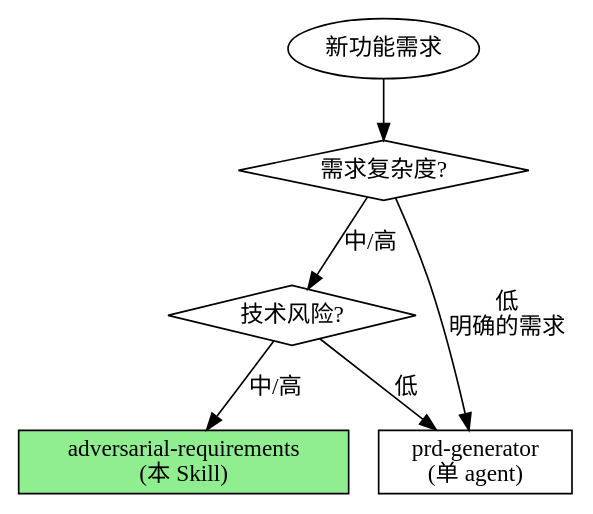
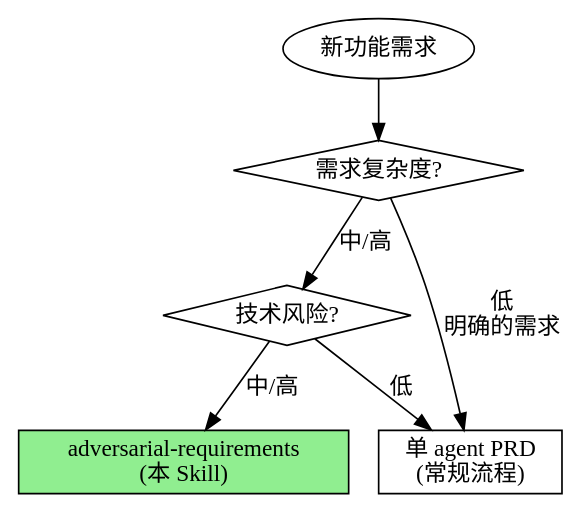
One commit to XRenSiu/claude-code-forge changed the diagram in plugins/forge-teams/skills/adversarial-requirements/SKILL.md. Above: the diagram before and after it, drawn with Graphviz. The commit also changed other lines of this file and 20 other files, not shown here.

````diff
--- a/plugins/forge-teams/skills/adversarial-requirements/SKILL.md
+++ b/plugins/forge-teams/skills/adversarial-requirements/SKILL.md
@@ -28,16 +28,16 @@
 ```dot
 digraph {
     rankdir=TB;
     start [label="新功能需求" shape=oval];
     q1 [label="需求复杂度?" shape=diamond];
     q2 [label="技术风险?" shape=diamond];
-    simple_prd [label="prd-generator\n(单 agent)" shape=box];
+    simple_prd [label="单 agent PRD\n(常规流程)" shape=box];
     adversarial [label="adversarial-requirements\n(本 Skill)" shape=box style=filled fillcolor=lightgreen];
 
     start -> q1;
     q1 -> simple_prd [label="低\n明确的需求"];
     q1 -> q2 [label="中/高"];
     q2 -> simple_prd [label="低"];
     q2 -> adversarial [label="中/高"];
 }
 ```
````
